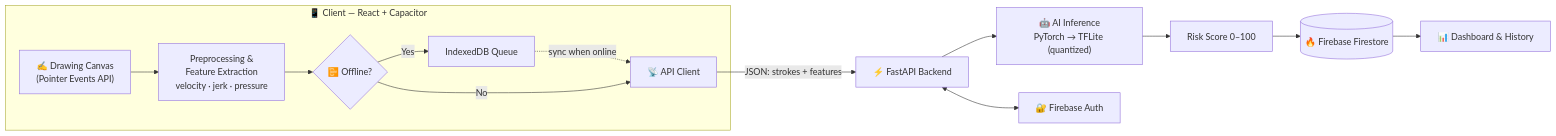
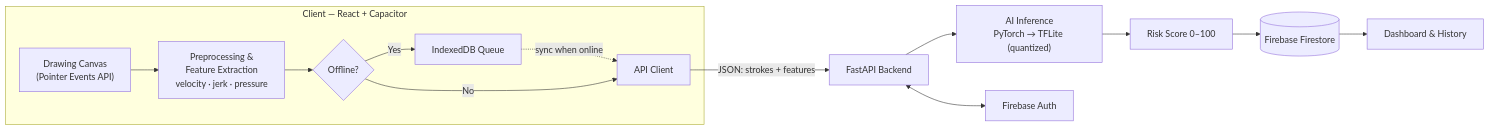
Before and after one commit to VaKhang0709/NeuroTrace-AI: the diagram in README.md, drawn with Mermaid. The commit also changed other lines of this file and 2 other files, not shown here.

````diff
--- a/README.md
+++ b/README.md
@@ -77,17 +75,17 @@
 ```mermaid
 flowchart LR
-    subgraph Client["📱 Client — React + Capacitor"]
-        A["✍️ Drawing Canvas<br/>(Pointer Events API)"] --> B["Preprocessing &<br/>Feature Extraction<br/>velocity · jerk · pressure"]
-        B --> C{"📴 Offline?"}
+    subgraph Client["Client — React + Capacitor"]
+        A["Drawing Canvas<br/>(Pointer Events API)"] --> B["Preprocessing &<br/>Feature Extraction<br/>velocity · jerk · pressure"]
+        B --> C{"Offline?"}
         C -- "Yes" --> D["IndexedDB Queue"]
-        D -. "sync when online" .-> E["📡 API Client"]
+        D -. "sync when online" .-> E["API Client"]
         C -- "No" --> E
     end
 
-    E -- "JSON: strokes + features" --> F["⚡ FastAPI Backend"]
-    F --> G["🤖 AI Inference<br/>PyTorch → TFLite (quantized)"]
+    E -- "JSON: strokes + features" --> F["FastAPI Backend"]
+    F --> G["AI Inference<br/>PyTorch → TFLite (quantized)"]
     G --> H["Risk Score 0–100"]
-    F <--> J["🔐 Firebase Auth"]
-    H --> I[("🔥 Firebase Firestore")]
-    I --> K["📊 Dashboard & History"]
+    F <--> J["Firebase Auth"]
+    H --> I[("Firebase Firestore")]
+    I --> K["Dashboard & History"]
 ```
````
